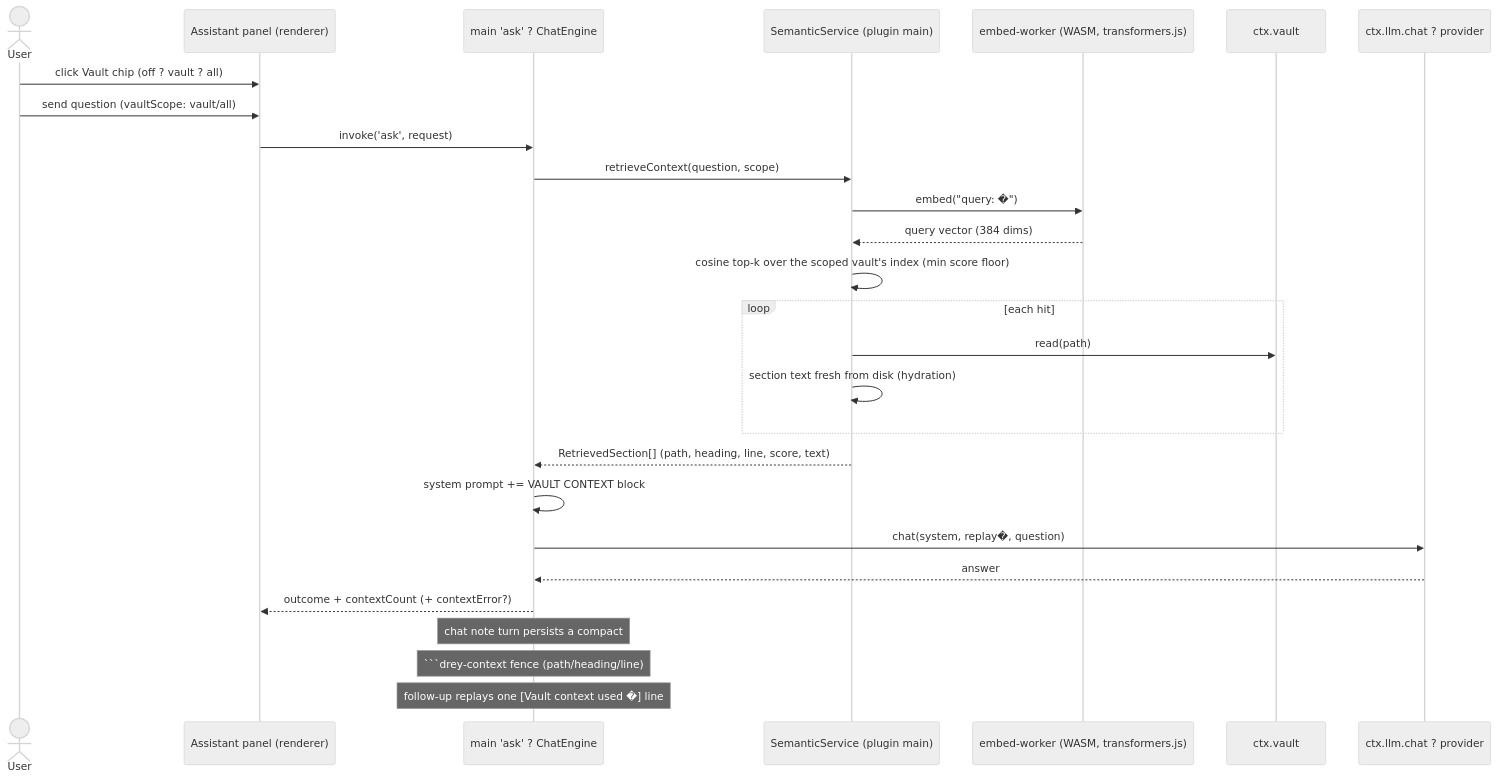
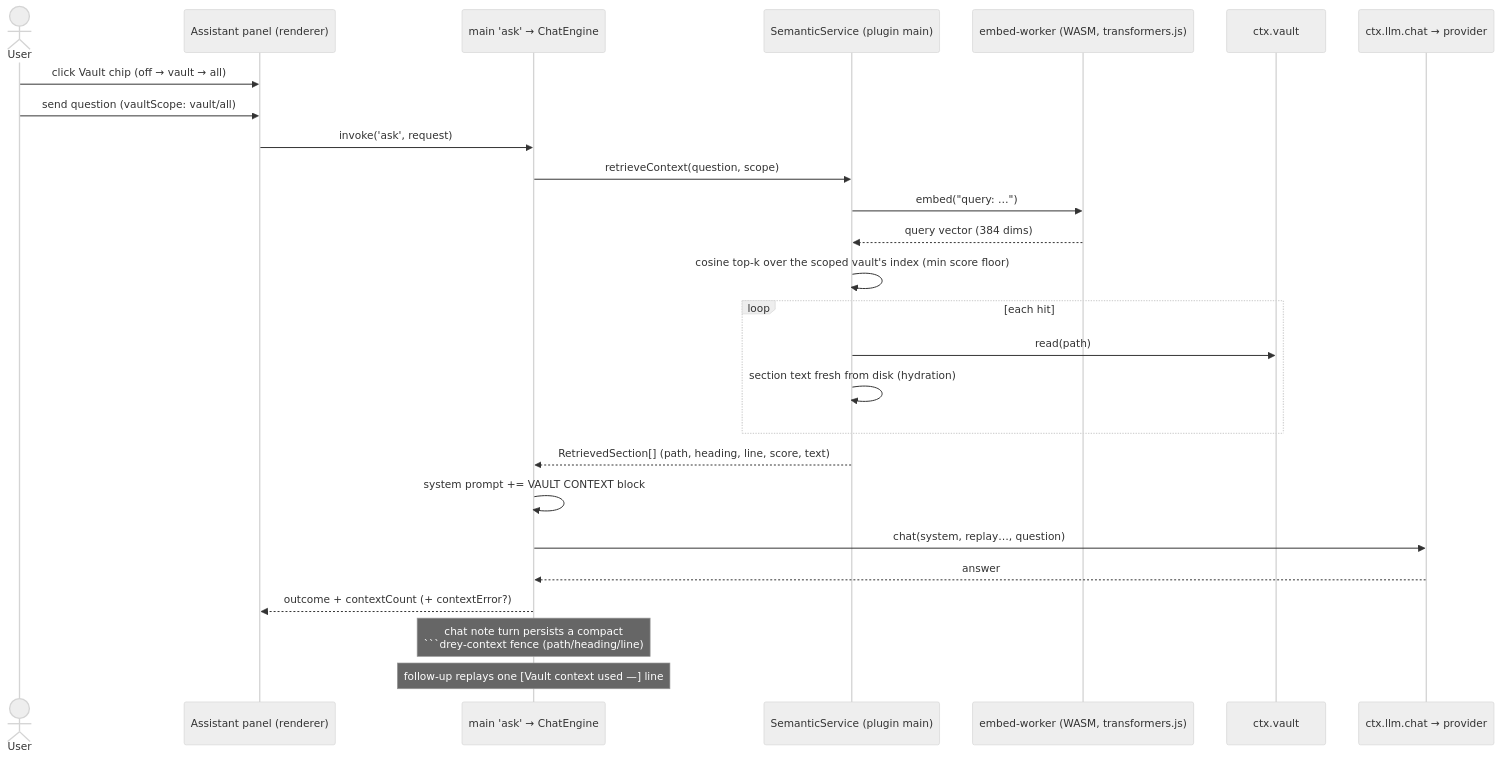
Diagram 45 of 54 in docs/06_runtime_view.md (HenrikPuls/Drey), drawn with Mermaid (neutral theme) before and after one commit. The commit also changed other lines of this file and 2 other files, not shown here.

````diff
--- a/docs/06_runtime_view.md
+++ b/docs/06_runtime_view.md
@@ -2182,30 +2182,29 @@
 ```mermaid
 sequenceDiagram
     actor User
     participant Panel as Assistant panel (renderer)
-    participant Ask as main 'ask' ? ChatEngine
+    participant Ask as main 'ask' → ChatEngine
     participant Sem as SemanticService (plugin main)
     participant W as embed-worker (WASM, transformers.js)
     participant Vault as ctx.vault
-    participant LLM as ctx.llm.chat ? provider
+    participant LLM as ctx.llm.chat → provider
 
-    User->>Panel: click Vault chip (off ? vault ? all)
+    User->>Panel: click Vault chip (off → vault → all)
     User->>Panel: send question (vaultScope: vault/all)
     Panel->>Ask: invoke('ask', request)
     Ask->>Sem: retrieveContext(question, scope)
-    Sem->>W: embed("query: �")
+    Sem->>W: embed("query: …")
     W-->>Sem: query vector (384 dims)
     Sem->>Sem: cosine top-k over the scoped vault's index (min score floor)
     loop each hit
         Sem->>Vault: read(path)
         Sem->>Sem: section text fresh from disk (hydration)
     end
     Sem-->>Ask: RetrievedSection[] (path, heading, line, score, text)
     Ask->>Ask: system prompt += VAULT CONTEXT block
-    Ask->>LLM: chat(system, replay�, question)
+    Ask->>LLM: chat(system, replay…, question)
     LLM-->>Ask: answer
     Ask-->>Panel: outcome + contextCount (+ contextError?)
-    Note over Ask: chat note turn persists a compact
-    Note over Ask: ```drey-context fence (path/heading/line);
-    Note over Ask: follow-up replays one [Vault context used �] line
+    Note over Ask: chat note turn persists a compact<br/>```drey-context fence (path/heading/line);
+    Note over Ask: follow-up replays one [Vault context used —] line
 ```
````
